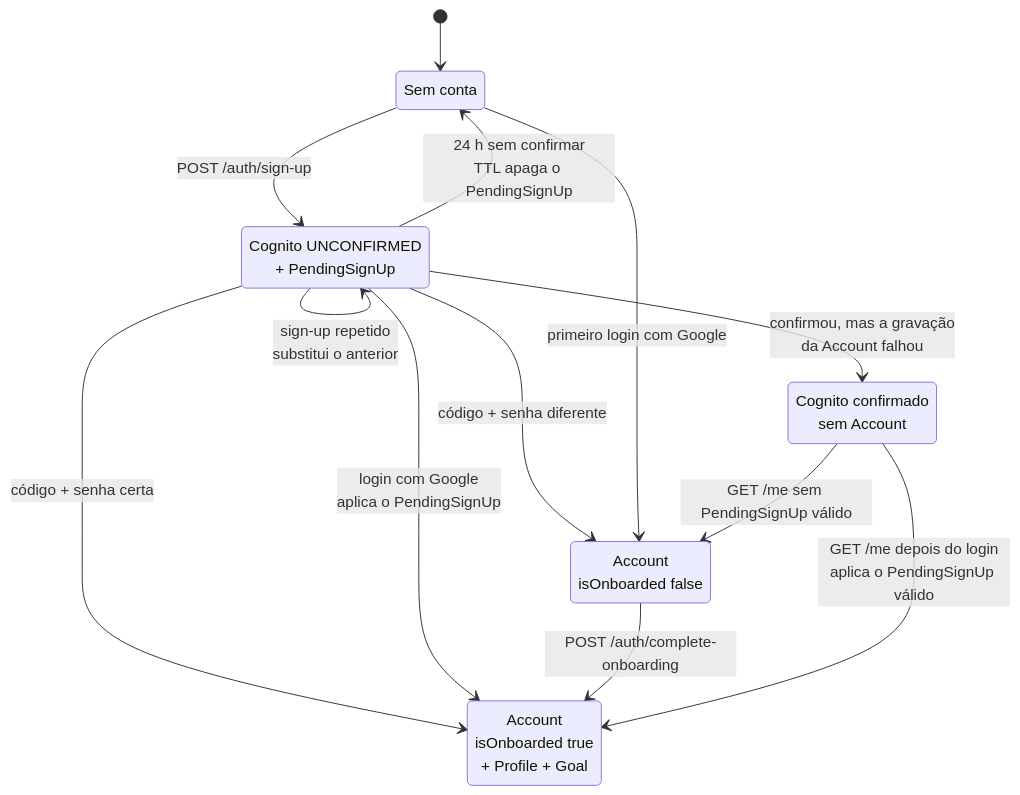
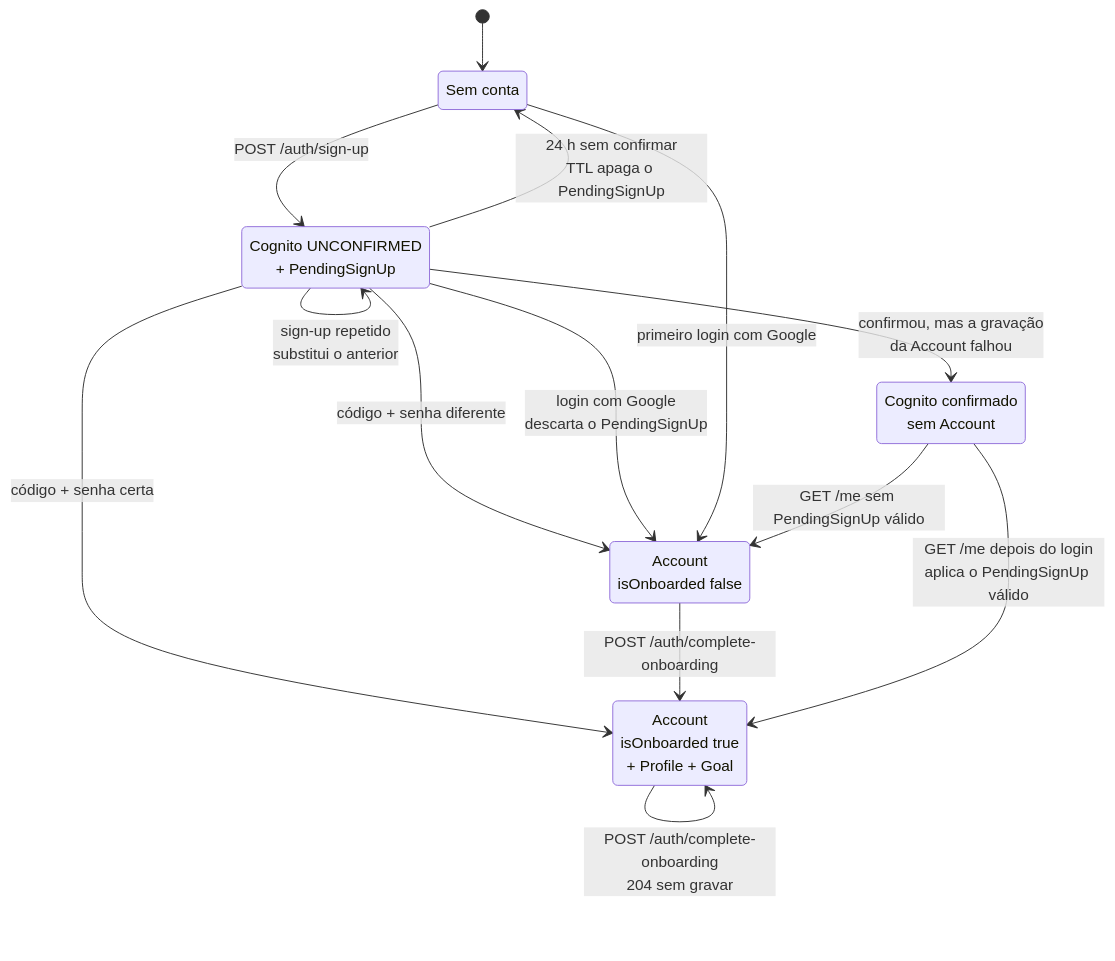
Before and after one commit to nivaldoandrade/nacal-api: the third of 3 diagrams in docs/guide/04-maquinas-de-estado.md, drawn with Mermaid. The commit also changed 10 other files, not shown here.

Commit message:
fix(api): discard pending sign-up on google login and skip completed onboarding

````diff
--- a/docs/guide/04-maquinas-de-estado.md
+++ b/docs/guide/04-maquinas-de-estado.md
@@ -65,21 +65,22 @@
 ```mermaid
 stateDiagram-v2
     state "Sem conta" as none
     state "Cognito UNCONFIRMED<br/>+ PendingSignUp" as pending
     state "Account<br/>isOnboarded false" as notOnboarded
     state "Cognito confirmado<br/>sem Account" as orphan
     state "Account<br/>isOnboarded true<br/>+ Profile + Goal" as onboarded
 
     [*] --> none
     none --> pending: POST /auth/sign-up
     pending --> pending: sign-up repetido<br/>substitui o anterior
     pending --> onboarded: código + senha certa
     pending --> notOnboarded: código + senha diferente
-    pending --> onboarded: login com Google<br/>aplica o PendingSignUp
+    pending --> notOnboarded: login com Google<br/>descarta o PendingSignUp
     pending --> none: 24 h sem confirmar<br/>TTL apaga o PendingSignUp
     none --> notOnboarded: primeiro login com Google
     notOnboarded --> onboarded: POST /auth/complete-onboarding
+    onboarded --> onboarded: POST /auth/complete-onboarding<br/>204 sem gravar
     pending --> orphan: confirmou, mas a gravação<br/>da Account falhou
     orphan --> onboarded: GET /me depois do login<br/>aplica o PendingSignUp válido
     orphan --> notOnboarded: GET /me sem PendingSignUp válido
 ```
````
